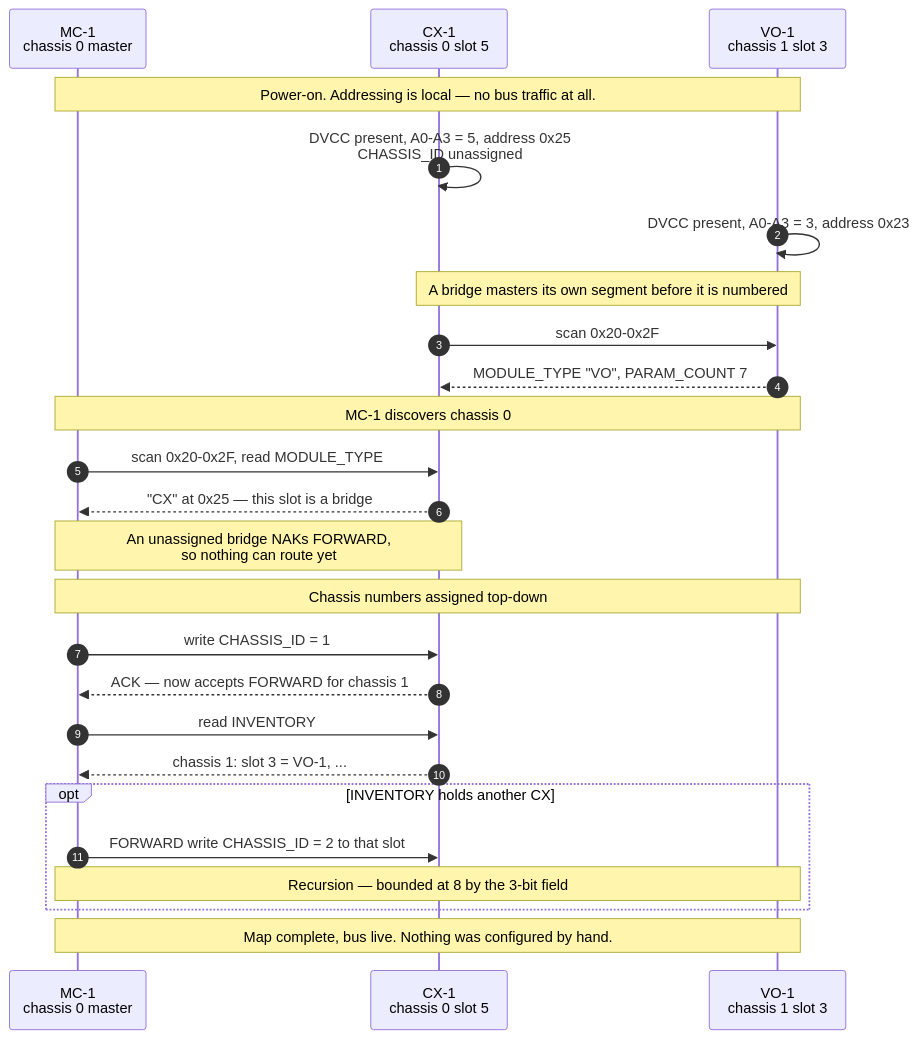
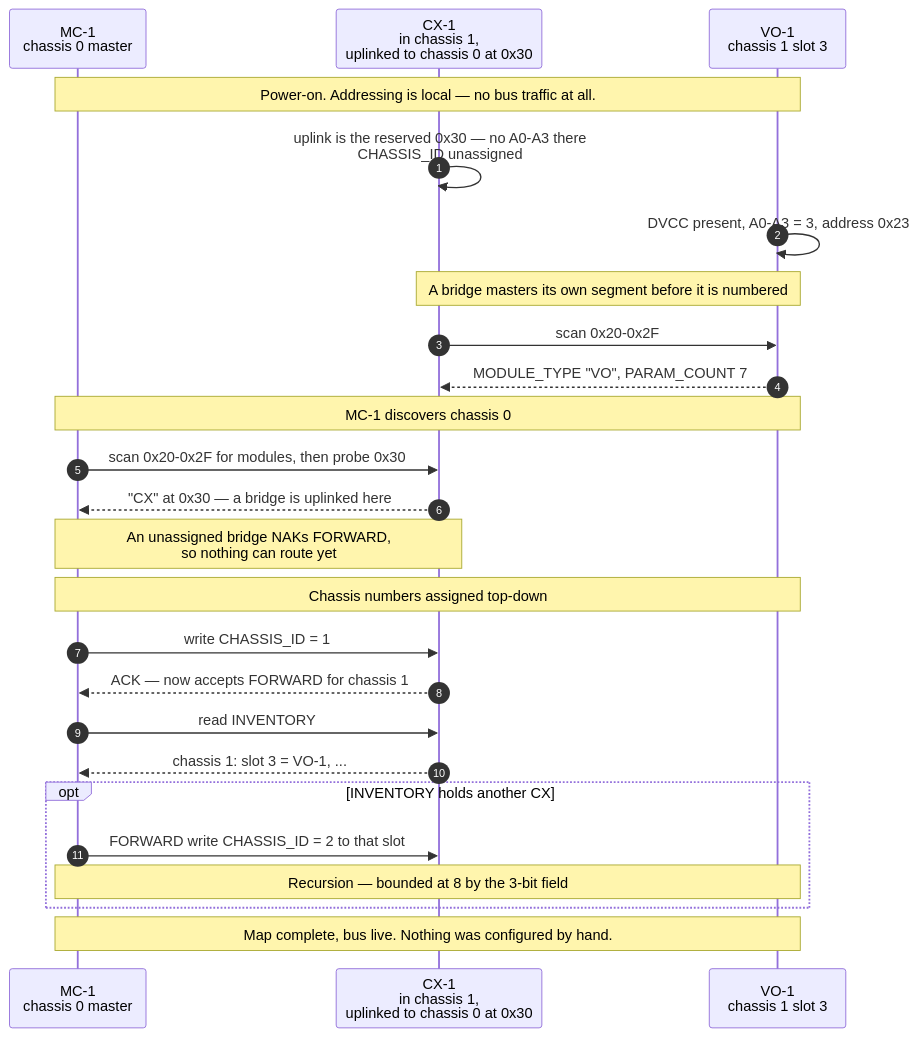
Before and after one commit to rvodden/fluxtron: the first of 3 diagrams in BUS.md, drawn with Mermaid. The commit also changed other lines of this file and 1 other file, not shown here.

````diff
--- a/BUS.md
+++ b/BUS.md
@@ -358,33 +372,33 @@
 ```mermaid
 sequenceDiagram
     autonumber
     participant MC1 as MC-1<br/>chassis 0 master
-    participant CX1 as CX-1<br/>chassis 0 slot 5
+    participant CX1 as CX-1<br/>in chassis 1,<br/>uplinked to chassis 0 at 0x30
     participant VO1 as VO-1<br/>chassis 1 slot 3
 
     Note over MC1,VO1: Power-on. Addressing is local — no bus traffic at all.
-    CX1->>CX1: DVCC present, A0-A3 = 5, address 0x25<br/>CHASSIS_ID unassigned
+    CX1->>CX1: uplink is the reserved 0x30 — no A0-A3 there<br/>CHASSIS_ID unassigned
     VO1->>VO1: DVCC present, A0-A3 = 3, address 0x23
 
     Note over CX1,VO1: A bridge masters its own segment before it is numbered
     CX1->>VO1: scan 0x20-0x2F
     VO1-->>CX1: MODULE_TYPE "VO", PARAM_COUNT 7
 
     Note over MC1,VO1: MC-1 discovers chassis 0
-    MC1->>CX1: scan 0x20-0x2F, read MODULE_TYPE
-    CX1-->>MC1: "CX" at 0x25 — this slot is a bridge
+    MC1->>CX1: scan 0x20-0x2F for modules, then probe 0x30
+    CX1-->>MC1: "CX" at 0x30 — a bridge is uplinked here
     Note over MC1,CX1: An unassigned bridge NAKs FORWARD,<br/>so nothing can route yet
 
     Note over MC1,VO1: Chassis numbers assigned top-down
     MC1->>CX1: write CHASSIS_ID = 1
     CX1-->>MC1: ACK — now accepts FORWARD for chassis 1
     MC1->>CX1: read INVENTORY
     CX1-->>MC1: chassis 1: slot 3 = VO-1, ...
 
     opt INVENTORY holds another CX
         MC1->>CX1: FORWARD write CHASSIS_ID = 2 to that slot
         Note over MC1,VO1: Recursion — bounded at 8 by the 3-bit field
     end
 
     Note over MC1,VO1: Map complete, bus live. Nothing was configured by hand.
 ```
````
